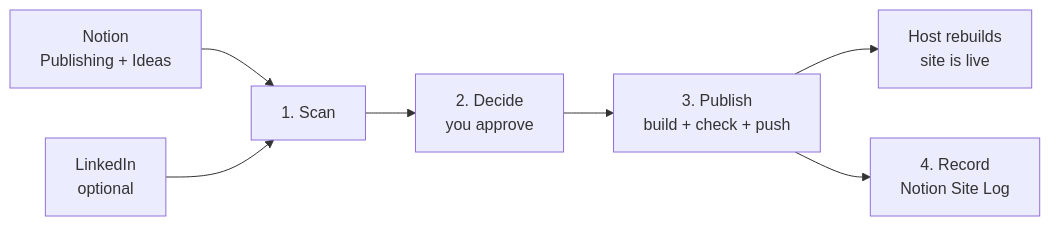
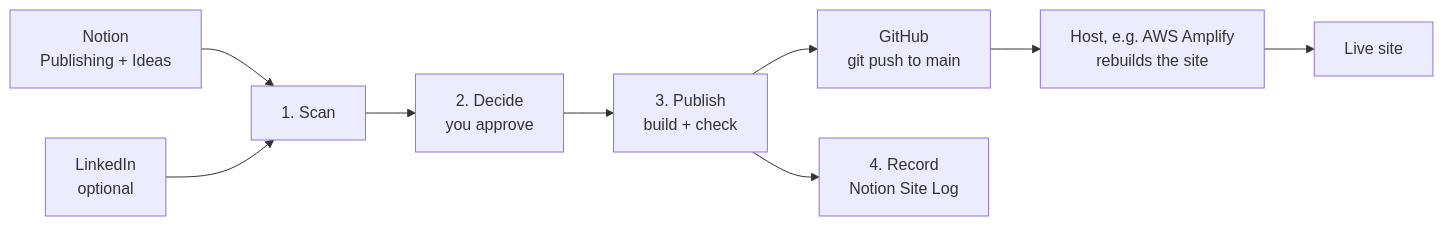
One commit to abhilashme/notion-to-astro-pipeline changed the diagram in README.md. Above: the diagram before and after it, drawn with Mermaid.

Commit message:
README: add GitHub and host steps to the pipeline diagram

````diff
--- a/README.md
+++ b/README.md
@@ -16,9 +16,11 @@
 ```mermaid
 flowchart LR
   N[Notion<br/>Publishing + Ideas] --> S[1. Scan]
   L[LinkedIn<br/>optional] --> S
   S --> D[2. Decide<br/>you approve]
-  D --> P[3. Publish<br/>build + check + push]
-  P --> H[Host rebuilds<br/>site is live]
+  D --> P[3. Publish<br/>build + check]
+  P --> G[GitHub<br/>git push to main]
+  G --> H[Host, e.g. AWS Amplify<br/>rebuilds the site]
+  H --> W[Live site]
   P --> R[4. Record<br/>Notion Site Log]
 ```
````
